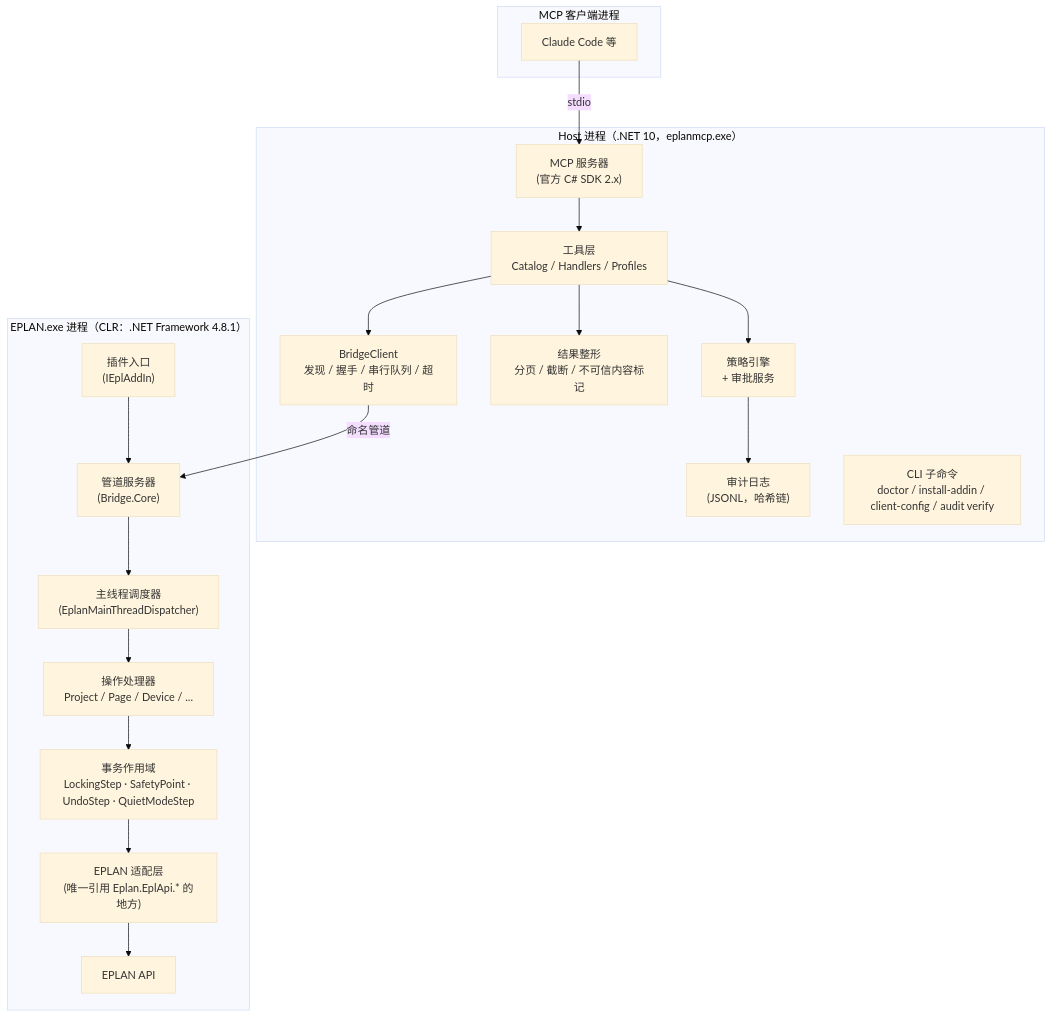
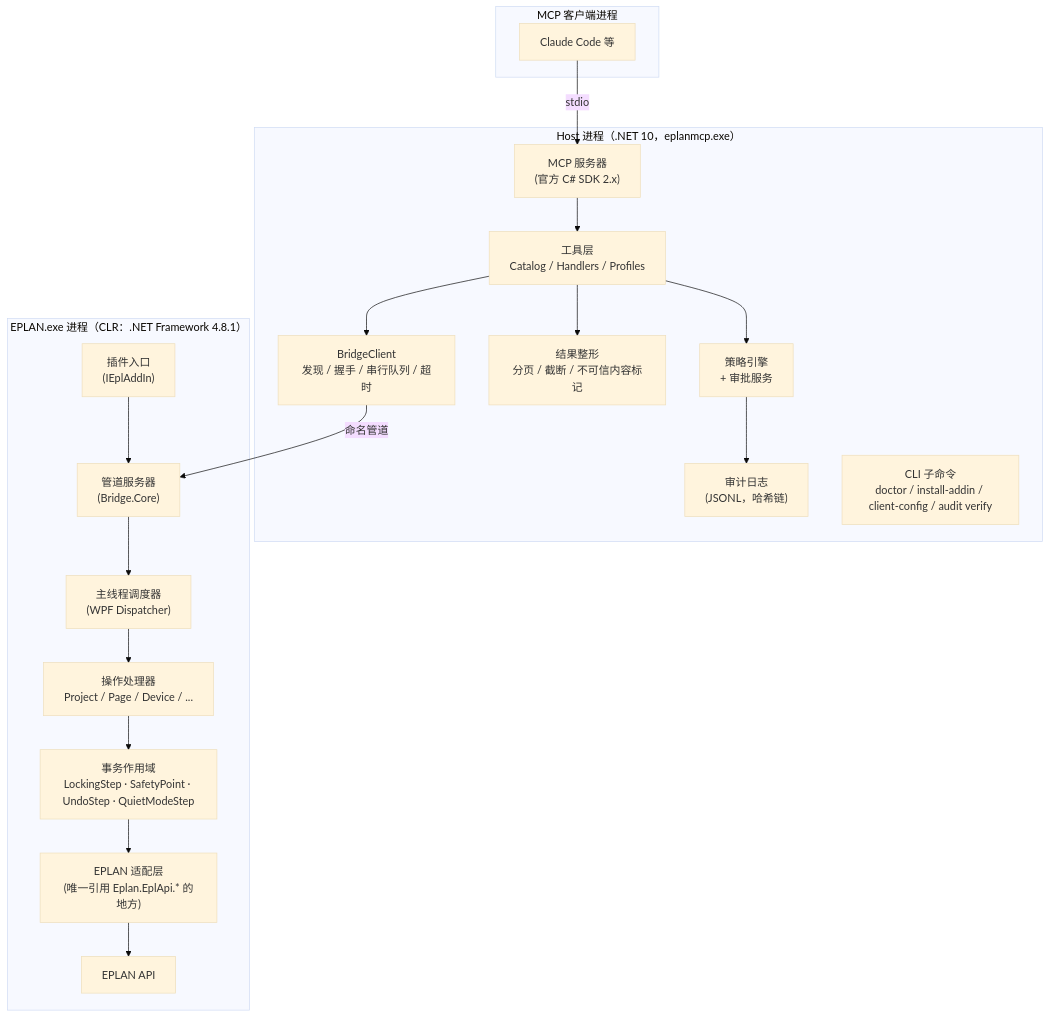
The second of 6 diagrams in docs/architecture/architecture.md (asckye/eplan-mcp), drawn with Mermaid (base theme) before and after one commit. The commit also changed other lines of this file and 5 other files, not shown here.

First line of the commit message:
fix(bridge): take the main thread's WPF dispatcher in OnInitGui

````diff
--- a/docs/architecture/architecture.md
+++ b/docs/architecture/architecture.md
@@ -111,33 +111,33 @@
 ```mermaid
 flowchart TB
     subgraph clientproc["MCP 客户端进程"]
         client["Claude Code 等"]
     end
     subgraph hostproc["Host 进程（.NET 10，eplanmcp.exe）"]
         mcp["MCP 服务器<br/>(官方 C# SDK 2.x)"]
         tools["工具层<br/>Catalog / Handlers / Profiles"]
         policy["策略引擎<br/>+ 审批服务"]
         audit["审计日志<br/>(JSONL，哈希链)"]
         shaper["结果整形<br/>分页 / 截断 / 不可信内容标记"]
         bclient["BridgeClient<br/>发现 / 握手 / 串行队列 / 超时"]
         cli["CLI 子命令<br/>doctor / install-addin / client-config / audit verify"]
     end
     subgraph eplanproc["EPLAN.exe 进程（CLR：.NET Framework 4.8.1）"]
         addin["插件入口<br/>(IEplAddIn)"]
         server["管道服务器<br/>(Bridge.Core)"]
-        dispatcher["主线程调度器<br/>(EplanMainThreadDispatcher)"]
+        dispatcher["主线程调度器<br/>(WPF Dispatcher)"]
         ops["操作处理器<br/>Project / Page / Device / ..."]
         tx["事务作用域<br/>LockingStep · SafetyPoint · UndoStep · QuietModeStep"]
         adapters["EPLAN 适配层<br/>(唯一引用 Eplan.EplApi.* 的地方)"]
         eplanapi["EPLAN API"]
     end
 
     client -- "stdio" --> mcp --> tools
     tools --> policy
     tools --> shaper
     tools --> bclient
     policy --> audit
     bclient -- "命名管道" --> server
     addin --> server
     server --> dispatcher --> ops --> tx --> adapters --> eplanapi
 ```
````
